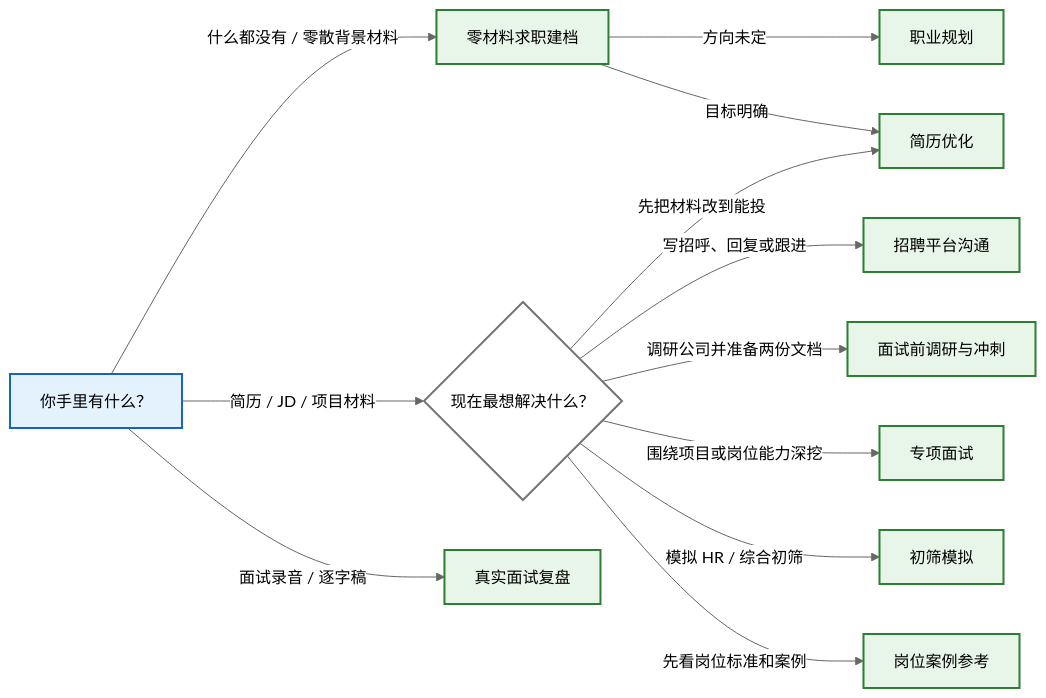
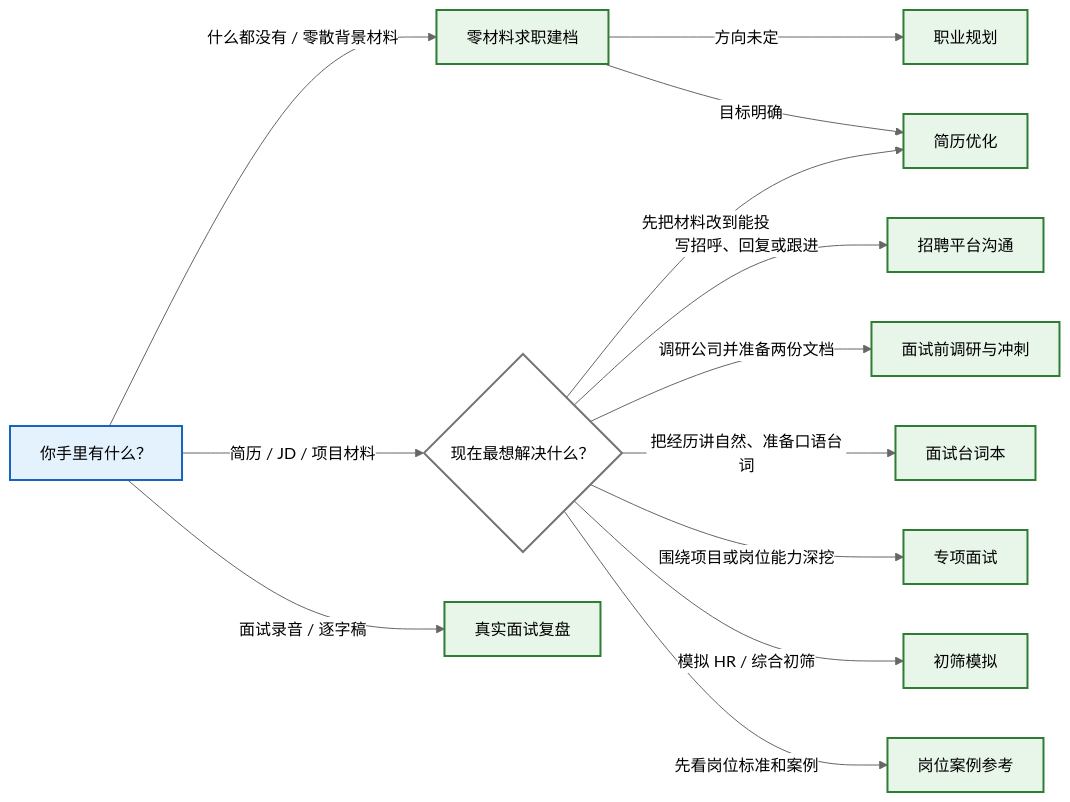
One commit to chengzicv/chengzicv-career-skills changed the second of 2 diagrams in README.md. Above: the diagram before and after it, drawn with Mermaid (neutral theme). The commit also changed other lines of this file and 96 other files, not shown here.

````diff
--- a/README.md
+++ b/README.md
@@ -79,18 +80,19 @@
 ```mermaid
 graph LR
     classDef material fill:#e3f2fd,stroke:#1565c0,stroke-width:2px,color:#000;
     classDef decision fill:#fff,stroke:#757575,stroke-width:2px,color:#000;
     classDef skill fill:#e8f5e9,stroke:#2e7d32,stroke-width:2px,color:#000;
 
     Start["你手里有什么？"]:::material -->|"什么都没有 / 零散背景材料"| Profile["零材料求职建档"]:::skill
     Start -->|"简历 / JD / 项目材料"| Goal{"现在最想解决什么？"}:::decision
     Goal -->|"先把材料改到能投"| Resume["简历优化"]:::skill
     Goal -->|"写招呼、回复或跟进"| Greeting["招聘平台沟通"]:::skill
     Goal -->|"调研公司并准备两份文档"| Prep["面试前调研与冲刺"]:::skill
+    Goal -->|"把经历讲自然、准备口语台词"| Script["面试台词本"]:::skill
     Goal -->|"围绕项目或岗位能力深挖"| Practice["专项面试"]:::skill
     Goal -->|"模拟 HR / 综合初筛"| Mock["初筛模拟"]:::skill
     Goal -->|"先看岗位标准和案例"| Case["岗位案例参考"]:::skill
     Start -->|"面试录音 / 逐字稿"| Review["真实面试复盘"]:::skill
     Profile -->|"方向未定"| Career["职业规划"]:::skill
     Profile -->|"目标明确"| Resume
 ```
````
